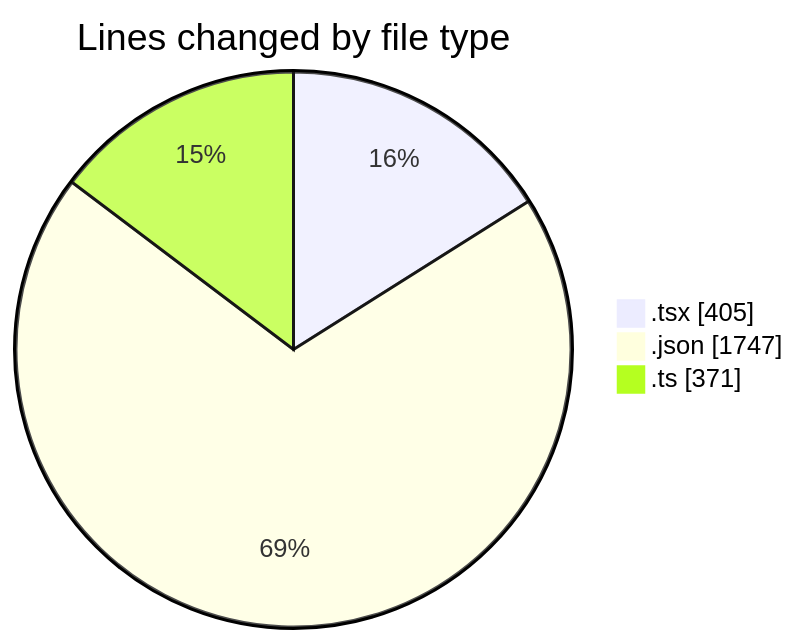
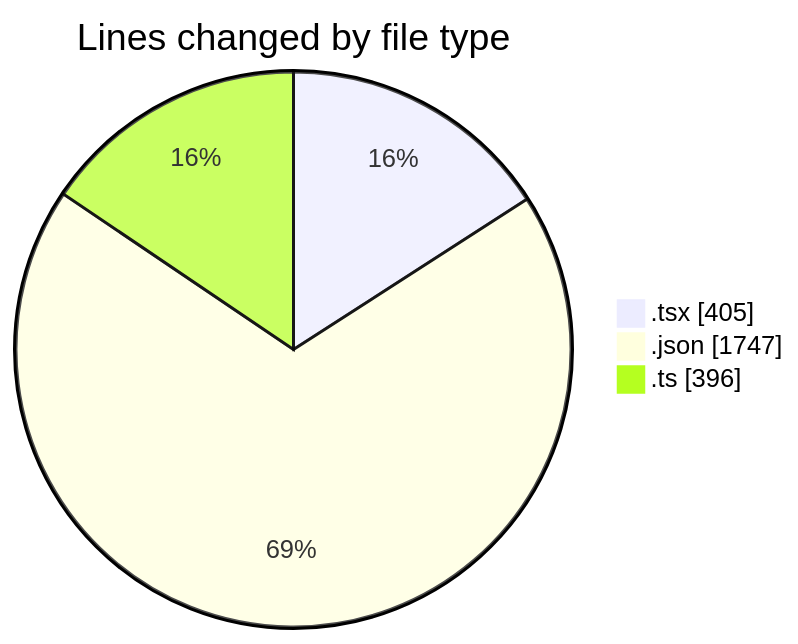
One commit to julien-gomy/code-tracking changed the first of 2 diagrams in 2025-10-30/eventscop-frontend-guide__workspace_/README.md. Above: the diagram before and after it, drawn with Mermaid. The commit also changed other lines of this file and 1 other file, not shown here.

````diff
--- a/2025-10-30/eventscop-frontend-guide__workspace_/README.md
+++ b/2025-10-30/eventscop-frontend-guide__workspace_/README.md
@@ -28,7 +28,7 @@
 ```mermaid
 pie showData
 title Lines changed by file type
 ".tsx" : 405
 ".json" : 1747
-".ts" : 371
+".ts" : 396
 ```
````
